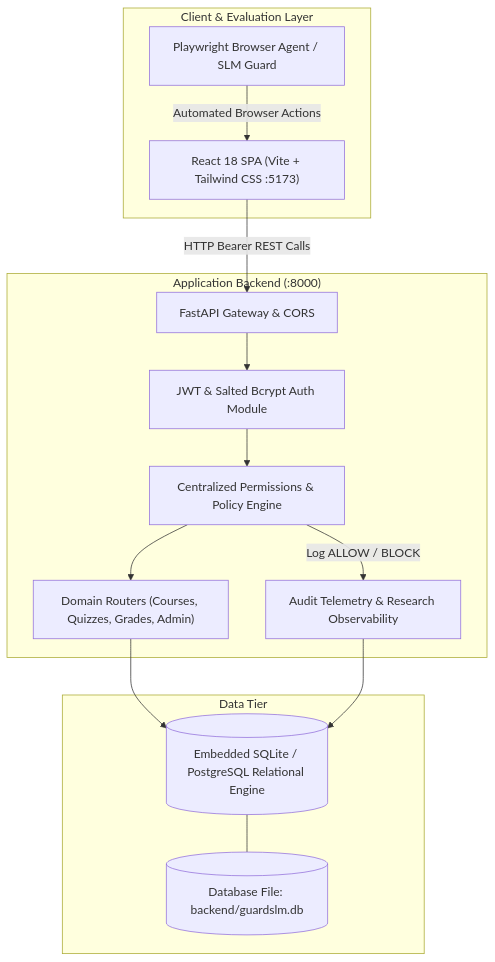
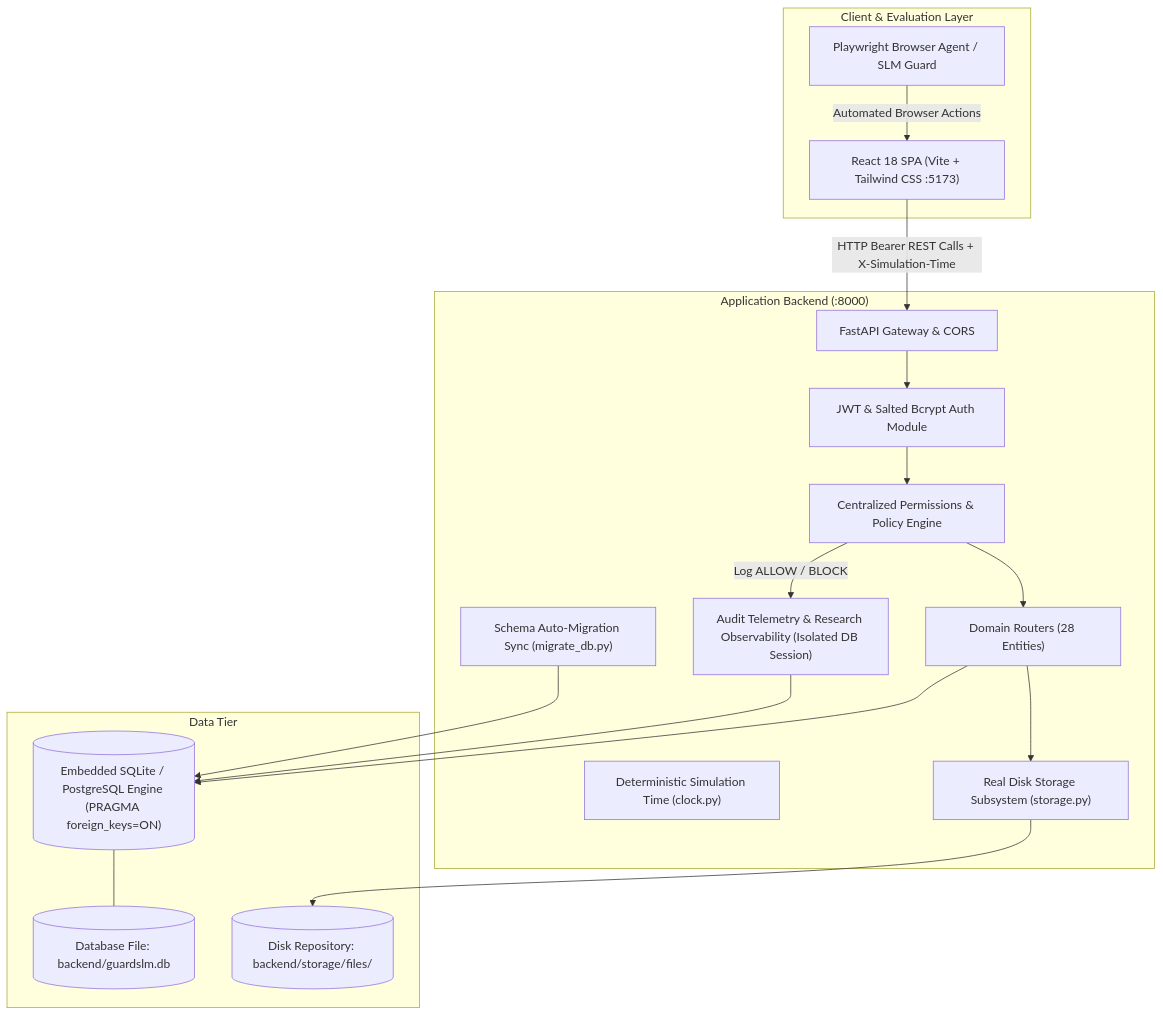
The diagram in docs/system-architecture.md (AkarshiAaryan/Aaryan_LMS), drawn with Mermaid before and after one commit. The commit also changed other lines of this file and 43 other files, not shown here.

````diff
--- a/docs/system-architecture.md
+++ b/docs/system-architecture.md
@@ -22,30 +20,37 @@
 ```mermaid
 graph TD
     subgraph ClientLayer ["Client & Evaluation Layer"]
         BA["Playwright Browser Agent / SLM Guard"]
         FE["React 18 SPA (Vite + Tailwind CSS :5173)"]
     end
 
     subgraph ServiceLayer ["Application Backend (:8000)"]
         GW["FastAPI Gateway & CORS"]
         AUTH["JWT & Salted Bcrypt Auth Module"]
+        CLOCK["Deterministic Simulation Time (clock.py)"]
         PERM["Centralized Permissions & Policy Engine"]
-        API["Domain Routers (Courses, Quizzes, Grades, Admin)"]
-        LOG["Audit Telemetry & Research Observability"]
+        STOR["Real Disk Storage Subsystem (storage.py)"]
+        MIGR["Schema Auto-Migration Sync (migrate_db.py)"]
+        API["Domain Routers (28 Entities)"]
+        LOG["Audit Telemetry & Research Observability (Isolated DB Session)"]
     end
 
     subgraph DataLayer ["Data Tier"]
-        DB[("Embedded SQLite / PostgreSQL Relational Engine")]
+        DB[("Embedded SQLite / PostgreSQL Engine (PRAGMA foreign_keys=ON)")]
         FILE[("Database File: backend/guardslm.db")]
+        DISK[("Disk Repository: backend/storage/files/")]
     end
 
     BA -->|Automated Browser Actions| FE
-    FE -->|HTTP Bearer REST Calls| GW
+    FE -->|HTTP Bearer REST Calls + X-Simulation-Time| GW
     GW --> AUTH
     AUTH --> PERM
     PERM --> API
+    API --> STOR
+    STOR --> DISK
     PERM -->|Log ALLOW / BLOCK| LOG
     API --> DB
     LOG --> DB
+    MIGR --> DB
     DB --- FILE
 ```
````
